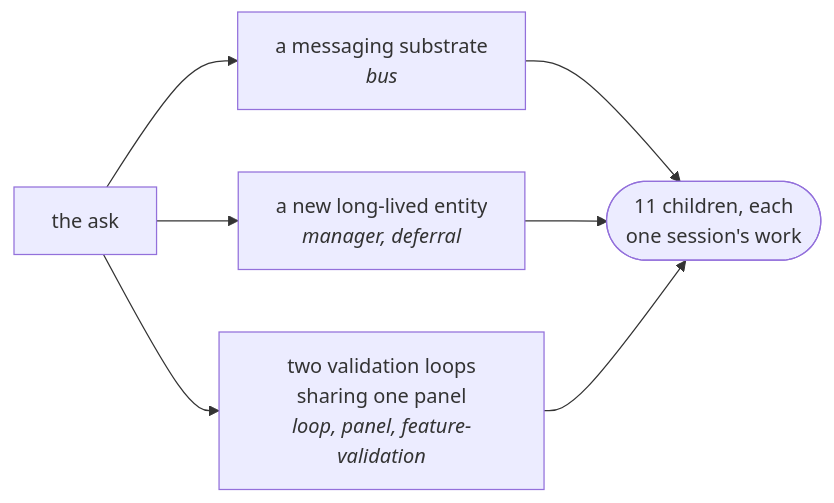
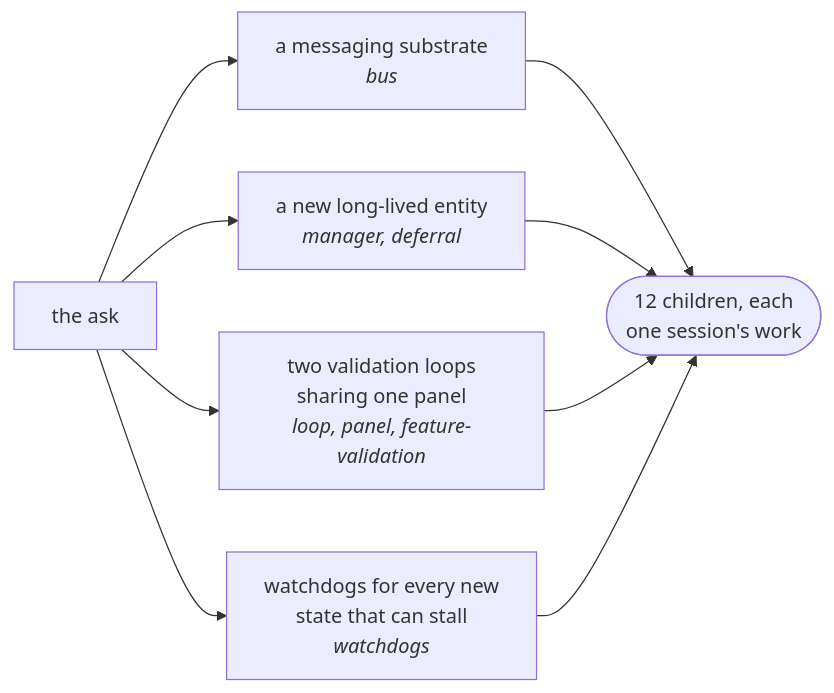
Diagram 14 of 14 in docs/superpowers/specs/2026-08-08-validation-panel-plan.md (gonandrap/agentic_os), drawn with Mermaid before and after one commit. The commit also changed other lines of this file and 1 other file, not shown here.

````diff
--- a/docs/superpowers/specs/2026-08-08-validation-panel-plan.md
+++ b/docs/superpowers/specs/2026-08-08-validation-panel-plan.md
@@ -376,9 +480,11 @@
 ```mermaid
 flowchart LR
     ask["the ask"] --> a["a messaging substrate<br/><i>bus</i>"]
     ask --> b["a new long-lived entity<br/><i>manager, deferral</i>"]
     ask --> c["two validation loops<br/>sharing one panel<br/><i>loop, panel, feature-validation</i>"]
-    a --> out(["11 children, each<br/>one session's work"])
+    ask --> d["watchdogs for every new<br/>state that can stall<br/><i>watchdogs</i>"]
+    a --> out(["12 children, each<br/>one session's work"])
     b --> out
     c --> out
+    d --> out
 ```
````
